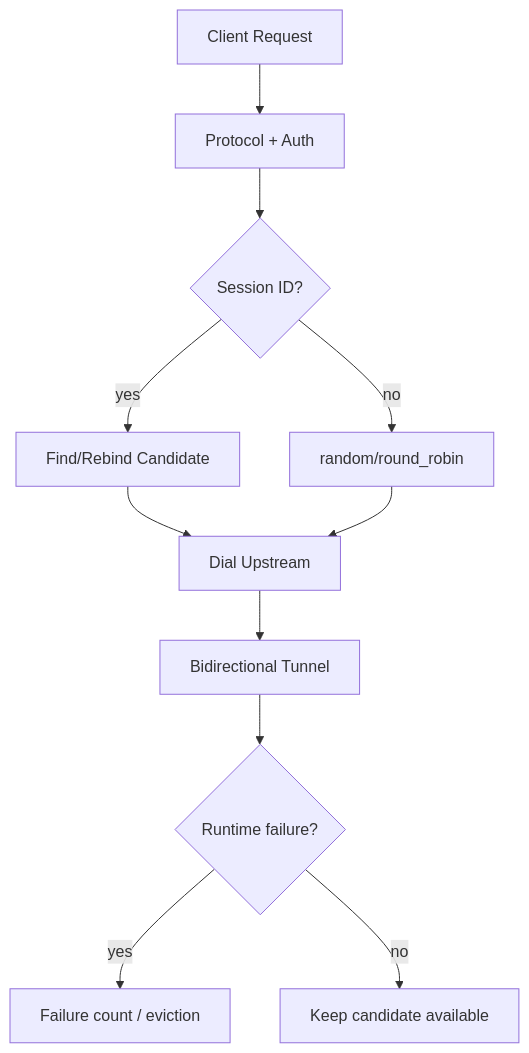
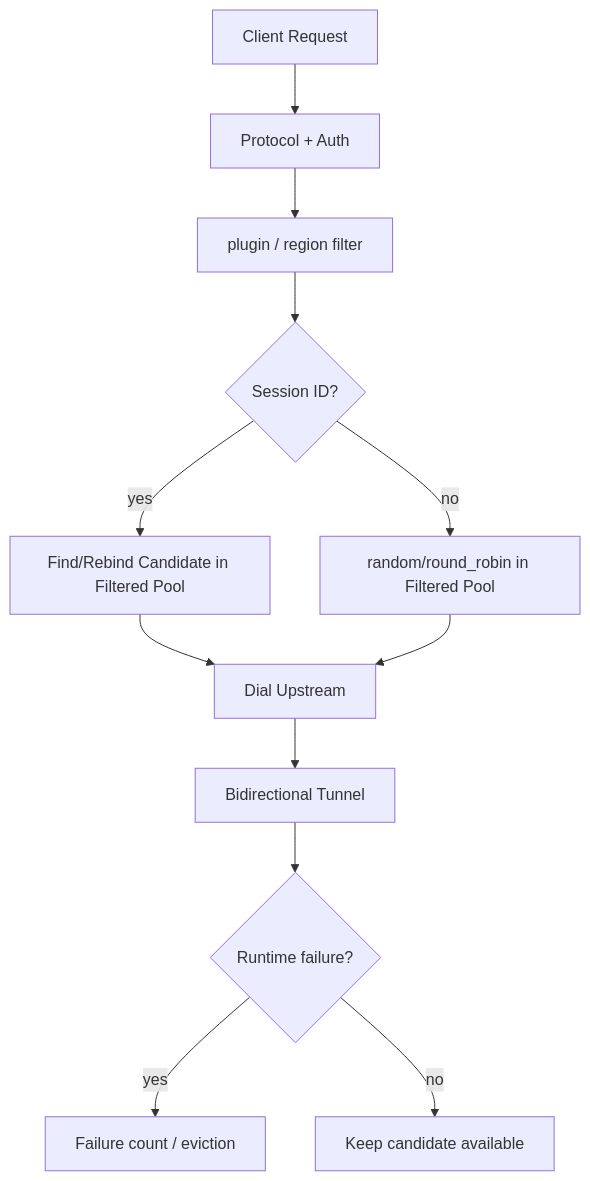
The third of 7 diagrams in docs/topology.md (fengyuanluo/aioproxy), drawn with Mermaid before and after one commit. The commit also changed other lines of this file and 3 other files, not shown here.

````diff
--- a/docs/topology.md
+++ b/docs/topology.md
@@ -40,13 +43,14 @@
 ```mermaid
 flowchart TD
   Req[Client Request] --> Parse[Protocol + Auth]
-  Parse --> Sess{Session ID?}
-  Sess -- yes --> Bind[Find/Rebind Candidate]
-  Sess -- no --> Policy[random/round_robin]
+  Parse --> Filter[plugin / region filter]
+  Filter --> Sess{Session ID?}
+  Sess -- yes --> Bind[Find/Rebind Candidate in Filtered Pool]
+  Sess -- no --> Policy[random/round_robin in Filtered Pool]
   Bind --> Dial[Dial Upstream]
   Policy --> Dial
   Dial --> Tunnel[Bidirectional Tunnel]
   Tunnel --> Fail{Runtime failure?}
   Fail -- yes --> Evict[Failure count / eviction]
   Fail -- no --> OK[Keep candidate available]
 ```
````
